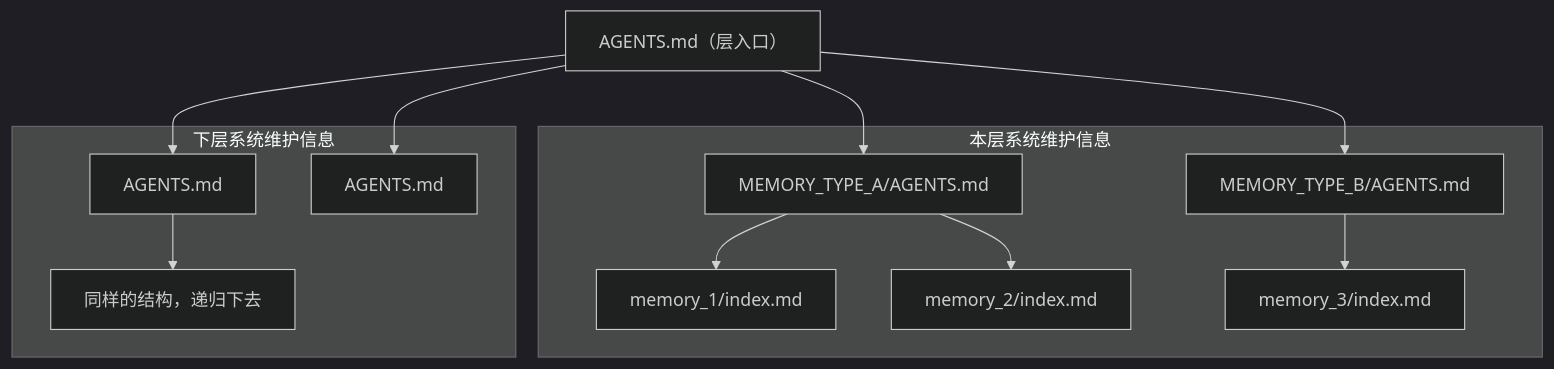
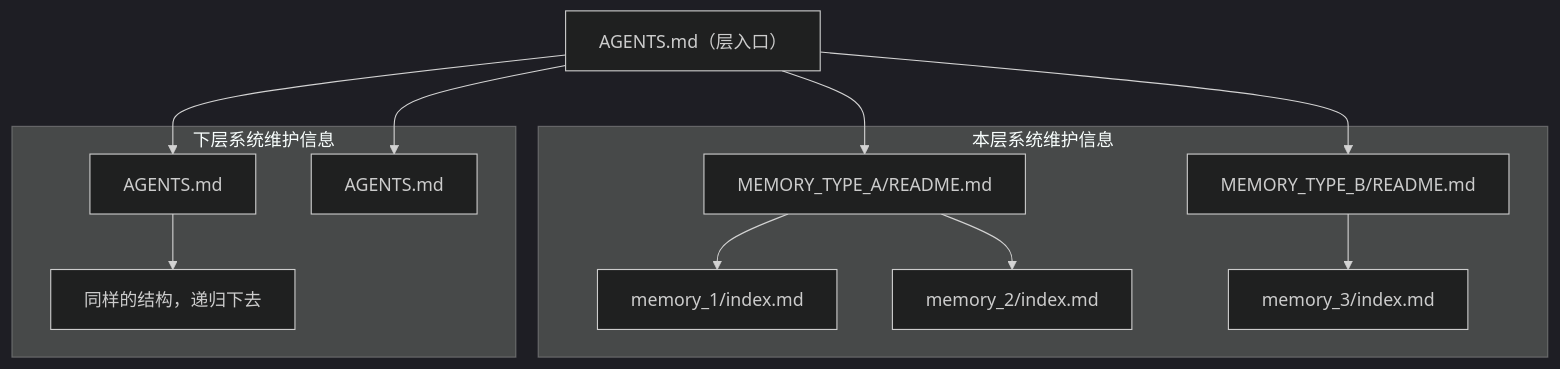
Before and after one commit to VirusPC/edges: the diagram in extensions/skills/project-memory-init/references/PROTOCOL.md, drawn with Mermaid (dark theme). The commit also changed other lines of this file and 115 other files, not shown here.

````diff
--- a/extensions/skills/project-memory-init/references/PROTOCOL.md
+++ b/extensions/skills/project-memory-init/references/PROTOCOL.md
@@ -5,27 +5,27 @@
 ```mermaid
 flowchart TD
     Root["AGENTS.md（层入口）"]
 
     subgraph localMem [本层系统维护信息]
-        EntryA["MEMORY_TYPE_A/AGENTS.md"]
-        EntryB["MEMORY_TYPE_B/AGENTS.md"]
+        EntryA["MEMORY_TYPE_A/README.md"]
+        EntryB["MEMORY_TYPE_B/README.md"]
         MemA1["memory_1/index.md"]
         MemA2["memory_2/index.md"]
         MemB1["memory_3/index.md"]
         EntryA --> MemA1
         EntryA --> MemA2
         EntryB --> MemB1
     end
 
     subgraph children [下层系统维护信息]
         Sub1["AGENTS.md"]
         Sub2["AGENTS.md"]
         Dots["同样的结构，递归下去"]
         Sub1 --> Dots
     end
 
     Root --> EntryA
     Root --> EntryB
     Root --> Sub1
     Root --> Sub2
 ```
````
